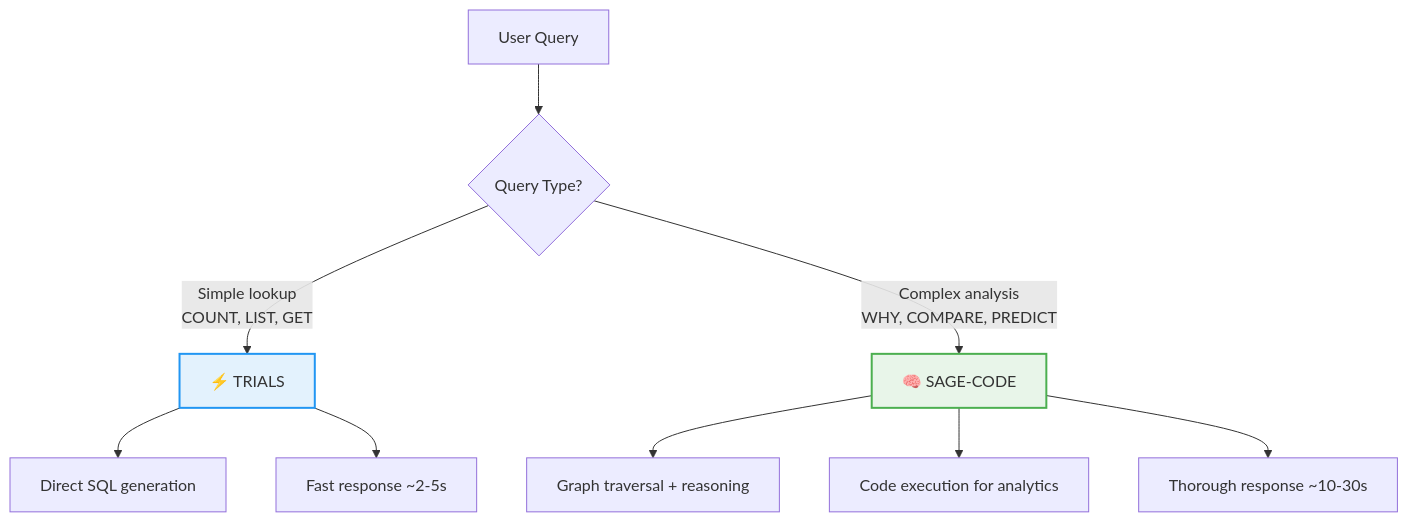
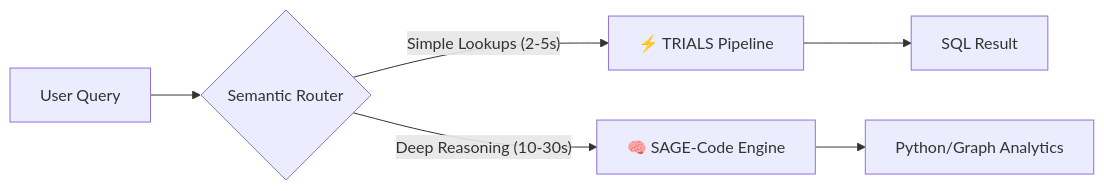
The diagram in README.md (anushree0107/Novartis), drawn with Mermaid before and after one commit. The commit also changed other lines of this file and 4 other files, not shown here.

````diff
--- a/README.md
+++ b/README.md
@@ -453,17 +107,8 @@
 ```mermaid
-flowchart TD
-    Q["User Query"] --> A{Query Type?}
-    
-    A -->|"Simple lookup<br/>COUNT, LIST, GET"| T["⚡ TRIALS"]
-    A -->|"Complex analysis<br/>WHY, COMPARE, PREDICT"| S["🧠 SAGE-CODE"]
-    
-    T --> T1["Direct SQL generation"]
-    T --> T2["Fast response ~2-5s"]
-    
-    S --> S1["Graph traversal + reasoning"]
-    S --> S2["Code execution for analytics"]
-    S --> S3["Thorough response ~10-30s"]
-    
-    style T fill:#e3f2fd,stroke:#2196f3,stroke-width:2px
-    style S fill:#e8f5e9,stroke:#4caf50,stroke-width:2px
+flowchart LR
+    User["User Query"] --> Router{Semantic Router}
+    Router -->|"Simple Lookups (2-5s)"| TRIALS["⚡ TRIALS Pipeline"]
+    Router -->|"Deep Reasoning (10-30s)"| SAGE["🧠 SAGE-Code Engine"]
+    TRIALS --> SQL["SQL Result"]
+    SAGE --> Code["Python/Graph Analytics"]
 ```
````
